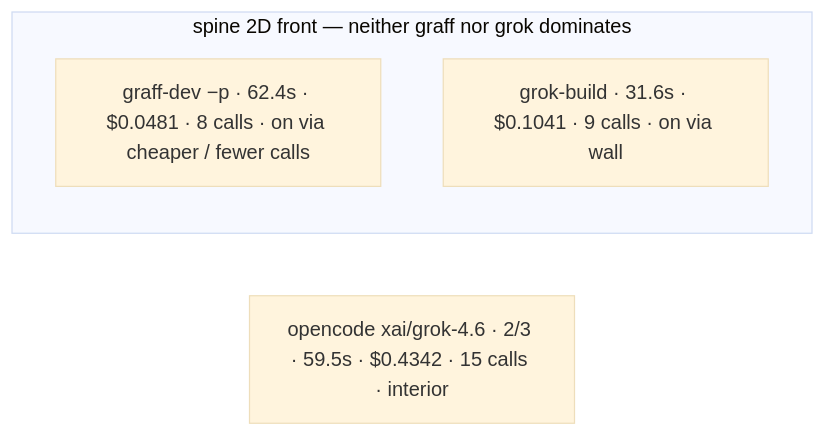
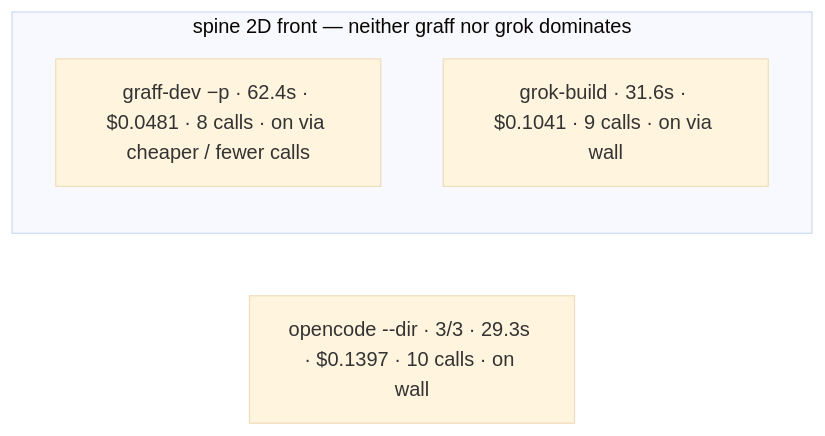
The first of 2 diagrams in graff-evals/hillclimb/baseline.md (justrach/codegraff), drawn with Mermaid (base theme) before and after one commit. The commit also changed other lines of this file and 2 other files, not shown here.

First line of the commit message:
docs(evals): OpenCode 3/3 and 6/6 after --dir sandbox pin

````diff
--- a/graff-evals/hillclimb/baseline.md
+++ b/graff-evals/hillclimb/baseline.md
@@ -52,8 +53,8 @@
 ```mermaid
 flowchart LR
   subgraph front["spine 2D front — neither graff nor grok dominates"]
     P["graff-dev −p · 62.4s · $0.0481 · 8 calls · on via cheaper / fewer calls"]
     G["grok-build · 31.6s · $0.1041 · 9 calls · on via wall"]
   end
-  O["opencode xai/grok-4.6 · 2/3 · 59.5s · $0.4342 · 15 calls · interior"]
+  O["opencode --dir · 3/3 · 29.3s · $0.1397 · 10 calls · on wall"]
 ```
````
